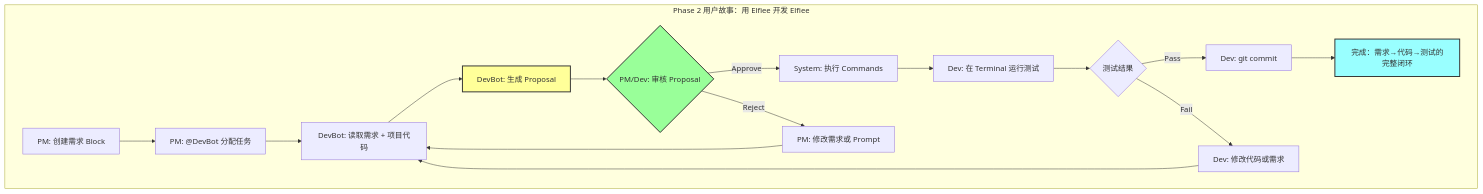
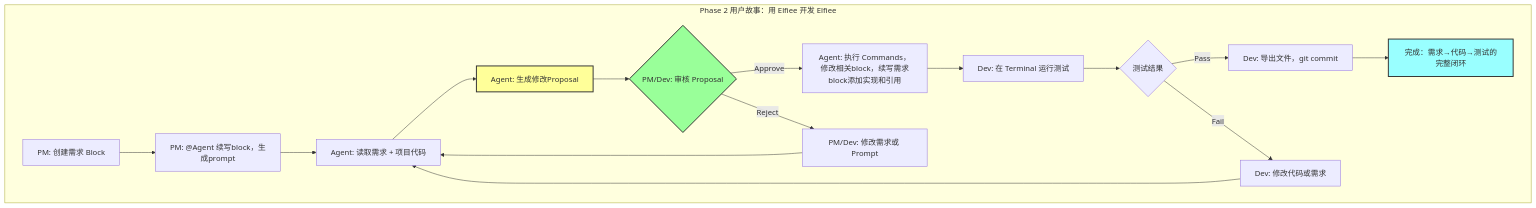
Before and after one commit to allenwoods/naive-elfiee: the diagram in docs/mvp/phase2/target-and-story.md, drawn with Mermaid. The commit also changed other lines of this file and 1 other file, not shown here.

````diff
--- a/docs/mvp/phase2/target-and-story.md
+++ b/docs/mvp/phase2/target-and-story.md
@@ -143,22 +157,22 @@
 ```mermaid
 graph TD
     subgraph "Phase 2 用户故事：用 Elfiee 开发 Elfiee"
-        A[PM: 创建需求 Block] --> B[PM: @DevBot 分配任务]
-        B --> C[DevBot: 读取需求 + 项目代码]
-        C --> D[DevBot: 生成 Proposal]
+        A[PM: 创建需求 Block] --> B[PM: @Agent 续写block，生成prompt]
+        B --> C[Agent: 读取需求 + 项目代码]
+        C --> D[Agent: 生成修改Proposal]
         D --> E{PM/Dev: 审核 Proposal}
-        E -->|Approve| F[System: 执行 Commands]
-        E -->|Reject| G[PM: 修改需求或 Prompt]
+        E -->|Approve| F[Agent: 执行 Commands，修改相关block，续写需求block添加实现和引用]
+        E -->|Reject| G[PM/Dev: 修改需求或 Prompt]
         G --> C
         F --> H[Dev: 在 Terminal 运行测试]
         H --> I{测试结果}
-        I -->|Pass| J[Dev: git commit]
+        I -->|Pass| J[Dev: 导出文件，git commit]
         I -->|Fail| K[Dev: 修改代码或需求]
         K --> C
         J --> L[完成：需求→代码→测试的完整闭环]
     end
 
     style D fill:#ff9,stroke:#333,stroke-width:2px
     style E fill:#9f9,stroke:#333,stroke-width:2px
     style L fill:#9ff,stroke:#333,stroke-width:2px
 ```
````
